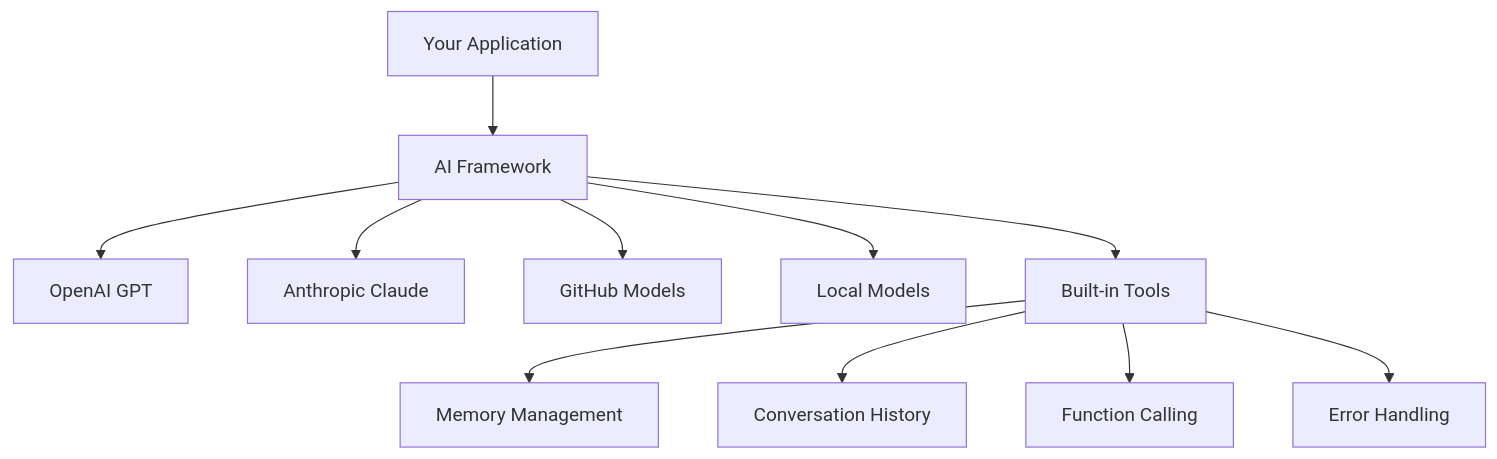
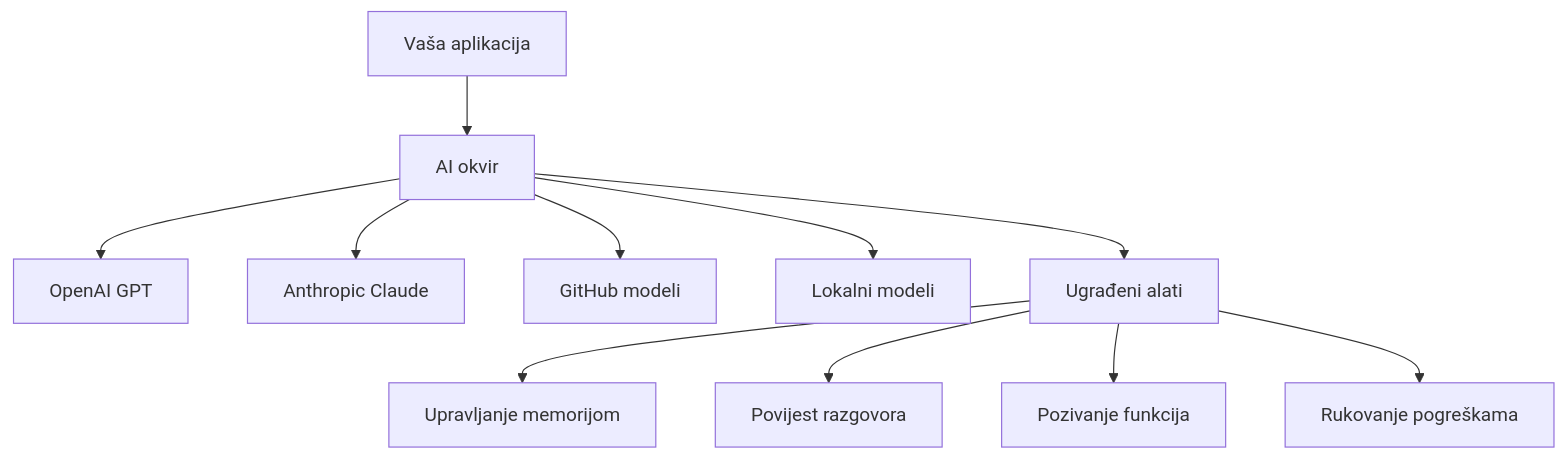
Before and after one commit to microsoft/Web-Dev-For-Beginners: the second of 11 diagrams in translations/hr/10-ai-framework-project/README.md, drawn with Mermaid. The commit also changed other lines of this file and 41 other files, not shown here.

````diff
--- a/translations/hr/10-ai-framework-project/README.md
+++ b/translations/hr/10-ai-framework-project/README.md
@@ -32,14 +69,14 @@
 ```mermaid
 graph TD
-    A[Your Application] --> B[AI Framework]
+    A[Vaša aplikacija] --> B[AI okvir]
     B --> C[OpenAI GPT]
     B --> D[Anthropic Claude]
-    B --> E[GitHub Models]
-    B --> F[Local Models]
+    B --> E[GitHub modeli]
+    B --> F[Lokalni modeli]
     
-    B --> G[Built-in Tools]
-    G --> H[Memory Management]
-    G --> I[Conversation History]
-    G --> J[Function Calling]
-    G --> K[Error Handling]
-```
+    B --> G[Ugrađeni alati]
+    G --> H[Upravljanje memorijom]
+    G --> I[Povijest razgovora]
+    G --> J[Pozivanje funkcija]
+    G --> K[Rukovanje pogreškama]
+```  
````
